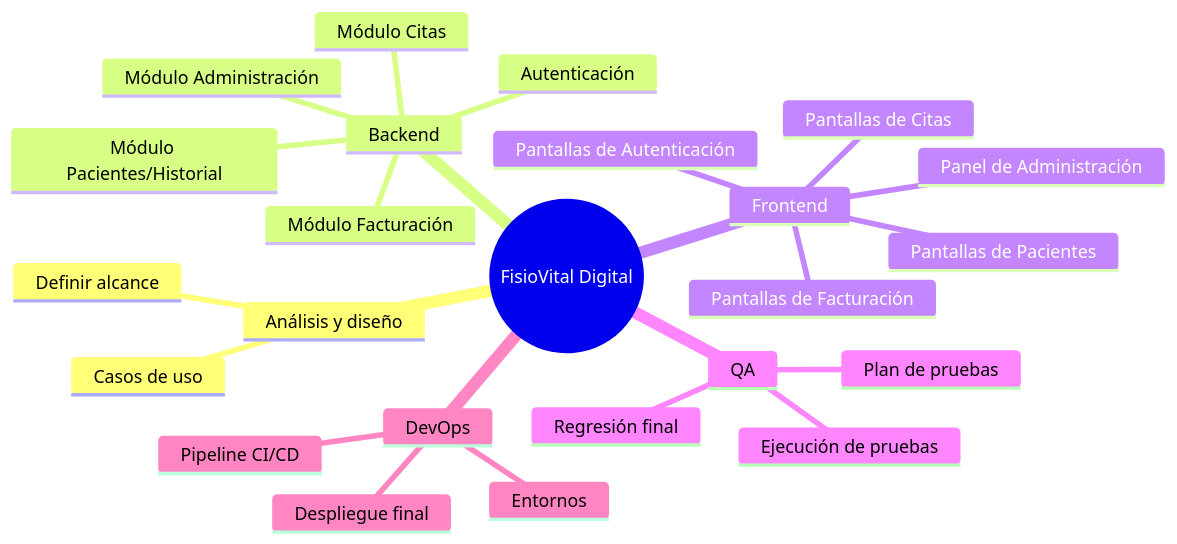
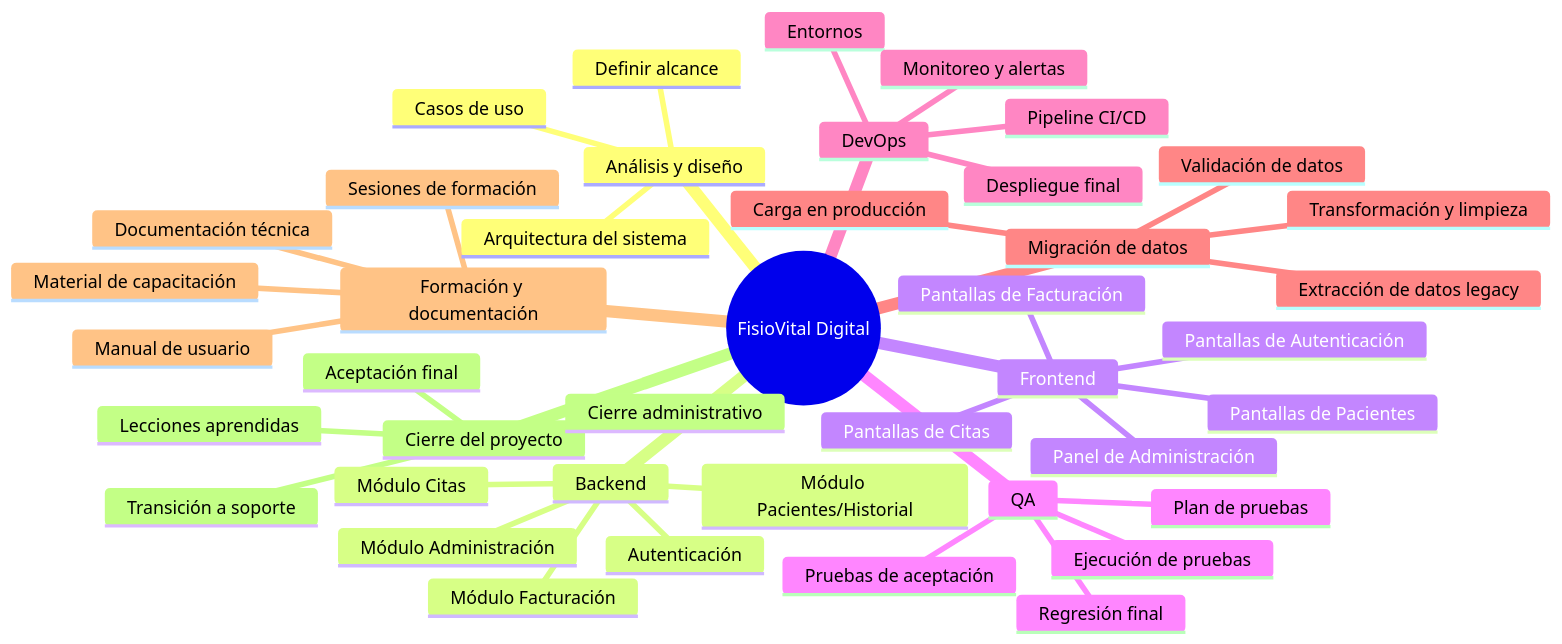
One commit to kathytisalema/fisiovital-dijital changed the diagram in 02-planificacion/edt.md. Above: the diagram before and after it, drawn with Mermaid. The commit also changed 12 other files, not shown here.

Commit message:
chore(cierre): actualizar documentos y alinear acta, cierre, lecciones y pruebas

````diff
--- a/02-planificacion/edt.md
+++ b/02-planificacion/edt.md
@@ -3,27 +3,45 @@
 ```mermaid
 mindmap
   root((FisioVital Digital))
     Análisis y diseño
       Definir alcance
       Casos de uso
+      Arquitectura del sistema
     Backend
       Autenticación
       Módulo Citas
       Módulo Pacientes/Historial
       Módulo Facturación
       Módulo Administración
     Frontend
       Pantallas de Autenticación
       Pantallas de Citas
       Pantallas de Pacientes
       Pantallas de Facturación
       Panel de Administración
     QA
       Plan de pruebas
       Ejecución de pruebas
       Regresión final
+      Pruebas de aceptación
     DevOps
       Entornos
       Pipeline CI/CD
       Despliegue final
+      Monitoreo y alertas
+    Migración de datos
+      Extracción de datos legacy
+      Transformación y limpieza
+      Validación de datos
+      Carga en producción
+    Formación y documentación
+      Manual de usuario
+      Material de capacitación
+      Documentación técnica
+      Sesiones de formación
+    Cierre del proyecto
+      Aceptación final
+      Lecciones aprendidas
+      Cierre administrativo
+      Transición a soporte
 ```
````
